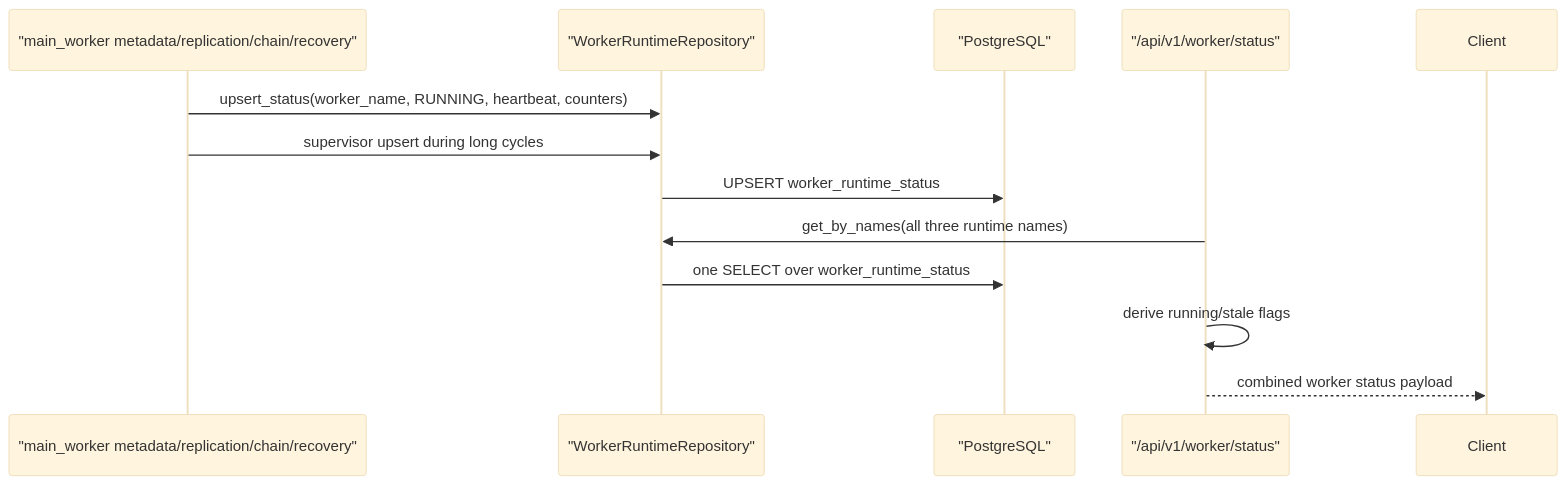
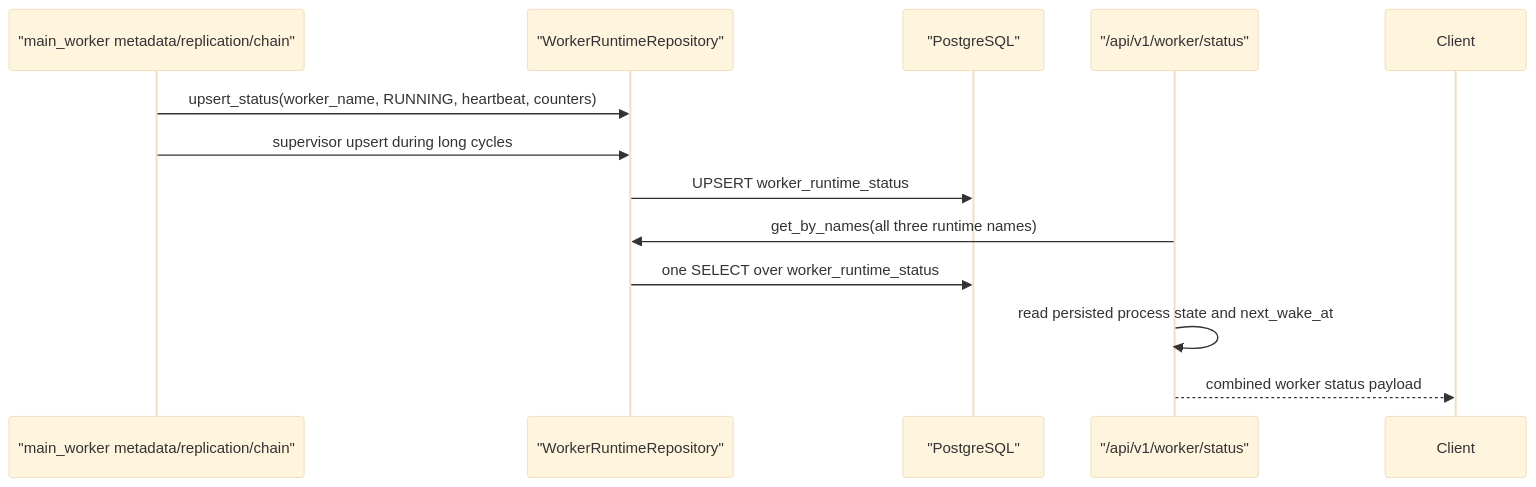
Diagram 11 of 13 in minter-architecture.md (LA-Referencia-IOI/dark-core-minter-api), drawn with Mermaid (base theme) before and after one commit. The commit also changed other lines of this file and 19 other files, not shown here.

````diff
--- a/minter-architecture.md
+++ b/minter-architecture.md
@@ -475,15 +474,15 @@
 ```mermaid
 sequenceDiagram
-    participant Worker as "main_worker metadata/replication/chain/recovery"
+    participant Worker as "main_worker metadata/replication/chain"
     participant Repo as "WorkerRuntimeRepository"
     participant DB as "PostgreSQL"
     participant API as "/api/v1/worker/status"
 
     Worker->>Repo: upsert_status(worker_name, RUNNING, heartbeat, counters)
     Worker->>Repo: supervisor upsert during long cycles
     Repo->>DB: UPSERT worker_runtime_status
-    API->>Repo: get_by_names(all three runtime names)
+API->>Repo: get_by_names(all three runtime names)
     Repo->>DB: one SELECT over worker_runtime_status
-    API->>API: derive running/stale flags
+API->>API: read persisted process state and next_wake_at
     API-->>Client: combined worker status payload
 ```
````
